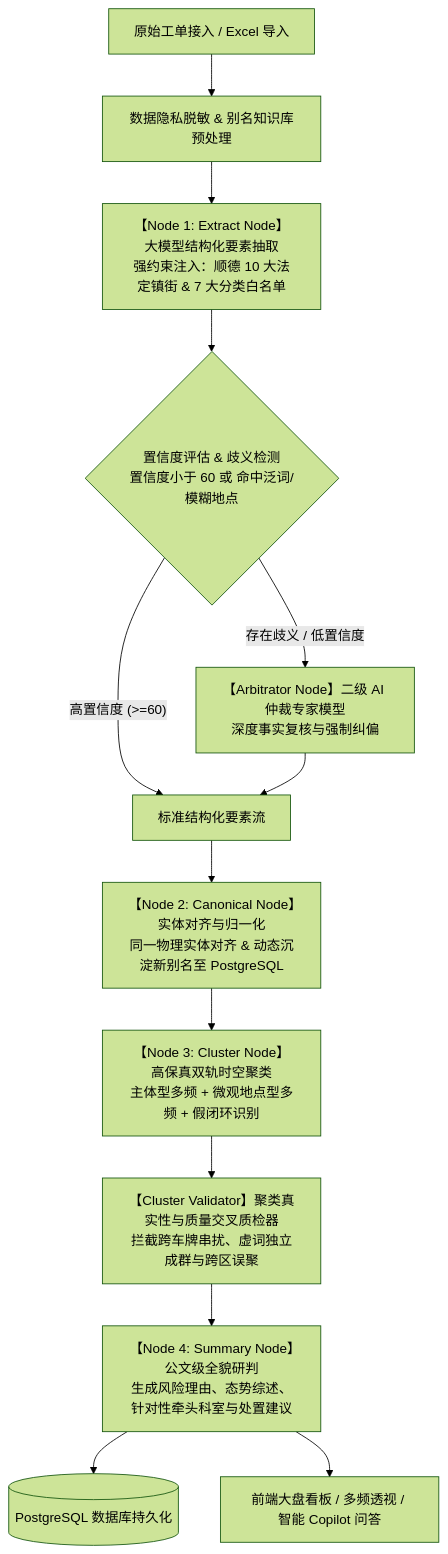
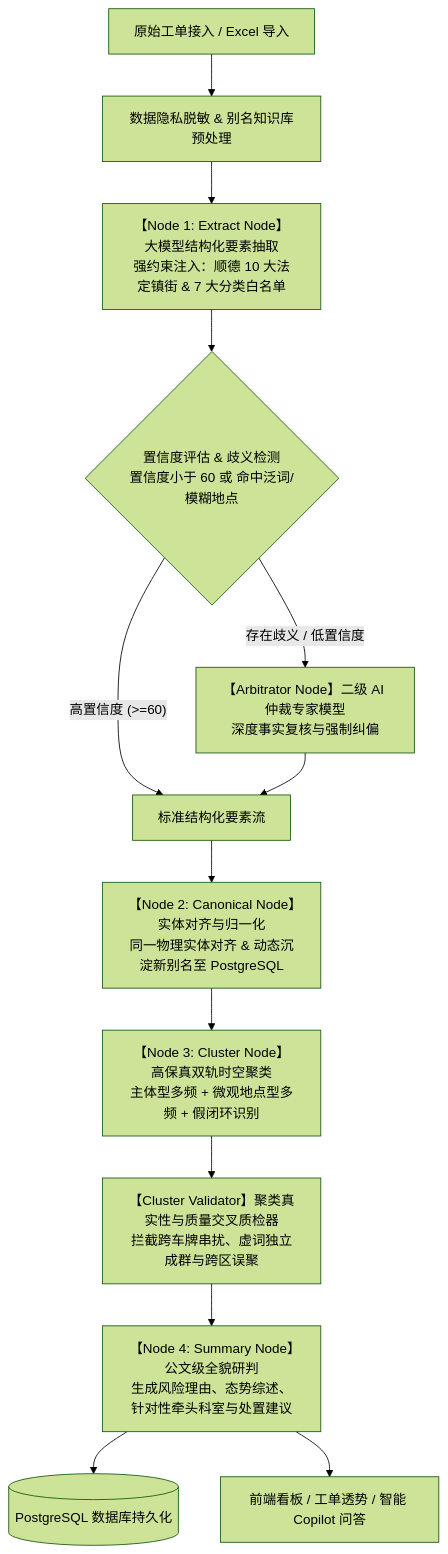
One commit to FireTable/12345 changed the diagram in docs/WORKFLOW.md. Above: the diagram before and after it, drawn with Mermaid (forest theme). The commit also changed other lines of this file and 12 other files, not shown here.

Commit message:
chore(docs): remove pitch docs from git tracking and sync docs with schema

````diff
--- a/docs/WORKFLOW.md
+++ b/docs/WORKFLOW.md
@@ -9,23 +9,23 @@
 ```mermaid
 flowchart TD
     A["原始工单接入 / Excel 导入"] --> B["数据隐私脱敏 & 别名知识库预处理"]
     
     B --> C["【Node 1: Extract Node】大模型结构化要素抽取<br/>强约束注入：顺德 10 大法定镇街 & 7 大分类白名单"]
     
     C --> D{"置信度评估 & 歧义检测<br/>置信度小于 60 或 命中泛词/模糊地点"}
     
     D -->|"存在歧义 / 低置信度"| E["【Arbitrator Node】二级 AI 仲裁专家模型<br/>深度事实复核与强制纠偏"]
     D -->|"高置信度 (>=60)"| F["标准结构化要素流"]
     E --> F
     
     F --> G["【Node 2: Canonical Node】实体对齐与归一化<br/>同一物理实体对齐 & 动态沉淀新别名至 PostgreSQL"]
     
     G --> H["【Node 3: Cluster Node】高保真双轨时空聚类<br/>主体型多频 + 微观地点型多频 + 假闭环识别"]
     
     H --> I["【Cluster Validator】聚类真实性与质量交叉质检器<br/>拦截跨车牌串扰、虚词独立成群与跨区误聚"]
     
     I --> J["【Node 4: Summary Node】公文级全貌研判<br/>生成风险理由、态势综述、针对性牵头科室与处置建议"]
     
     J --> K[("PostgreSQL 数据库持久化")]
-    J --> L["前端大盘看板 / 多频透视 / 智能 Copilot 问答"]
+    J --> L["前端看板 / 工单透势 / 智能 Copilot 问答"]
 ```
````
